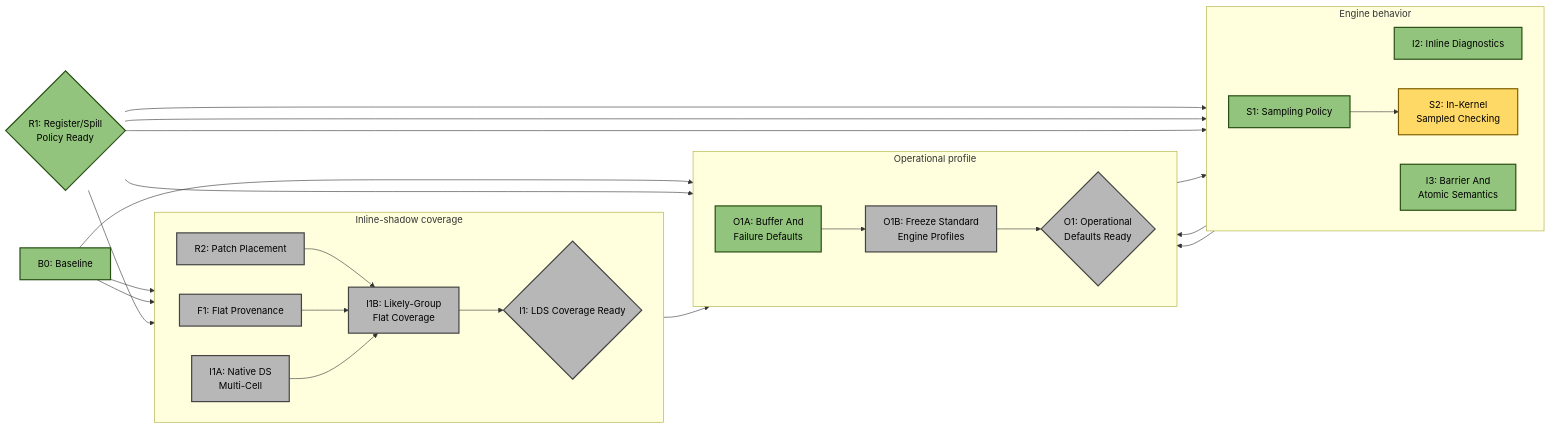
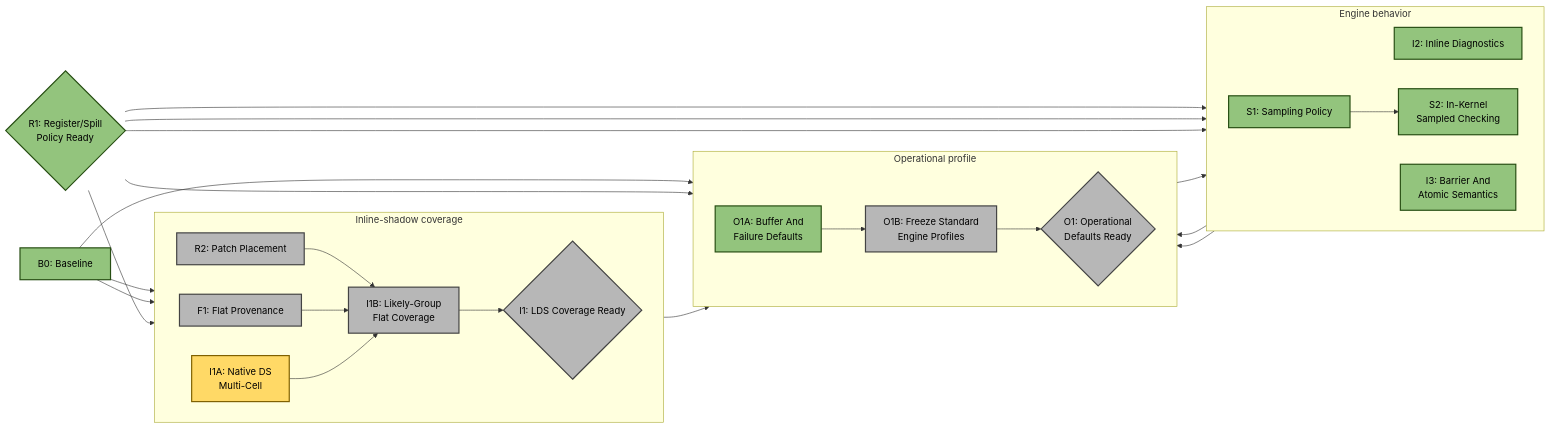
The second of 4 diagrams in emulation/rocjitsu/docs/consan/PLAN.md (ROCm/rocm-systems), drawn with Mermaid before and after one commit. The commit also changed other lines of this file and 11 other files, not shown here.

Commit message:
Add immediate sampled conflict checking

````diff
--- a/emulation/rocjitsu/docs/consan/PLAN.md
+++ b/emulation/rocjitsu/docs/consan/PLAN.md
@@ -120,56 +120,56 @@
 ```mermaid
 flowchart LR
   B0["B0: Baseline"]:::done
   R1{"R1: Register/Spill<br/>Policy Ready"}:::done
 
   subgraph INLINE["Inline-shadow coverage"]
     direction LR
     R2["R2: Patch Placement"]:::todo
     F1["F1: Flat Provenance"]:::todo
-    I1A["I1A: Native DS<br/>Multi-Cell"]:::todo
+    I1A["I1A: Native DS<br/>Multi-Cell"]:::active
     I1B["I1B: Likely-Group<br/>Flat Coverage"]:::todo
     I1{"I1: LDS Coverage Ready"}:::todo
 
     R2 --> I1B
     F1 --> I1B
     I1A --> I1B
     I1B --> I1
   end
 
   subgraph BEHAVIOR["Engine behavior"]
     direction LR
     I2["I2: Inline Diagnostics"]:::done
     I3["I3: Barrier And<br/>Atomic Semantics"]:::done
     S1["S1: Sampling Policy"]:::done
-    S2["S2: In-Kernel<br/>Sampled Checking"]:::active
+    S2["S2: In-Kernel<br/>Sampled Checking"]:::done
 
     S1 --> S2
   end
 
   subgraph OPS["Operational profile"]
     direction LR
     O1A["O1A: Buffer And<br/>Failure Defaults"]:::done
     O1B["O1B: Freeze Standard<br/>Engine Profiles"]:::todo
     O1{"O1: Operational<br/>Defaults Ready"}:::todo
 
     O1A --> O1B
     O1B --> O1
   end
 
   B0 --> R2
   B0 --> F1
   B0 --> O1A
   R1 --> I1A
   R1 --> I2
   R1 --> I3
   R1 --> S1
   R1 --> O1B
   O1A --> I2
   I1 --> O1B
   I3 --> O1B
   S1 --> O1B
 
   classDef done fill:#93c47d,stroke:#274e13,stroke-width:2px,color:#000;
   classDef active fill:#ffd966,stroke:#7f6000,stroke-width:2px,color:#000;
   classDef todo fill:#b7b7b7,stroke:#434343,stroke-width:2px,color:#000;
 ```
````
